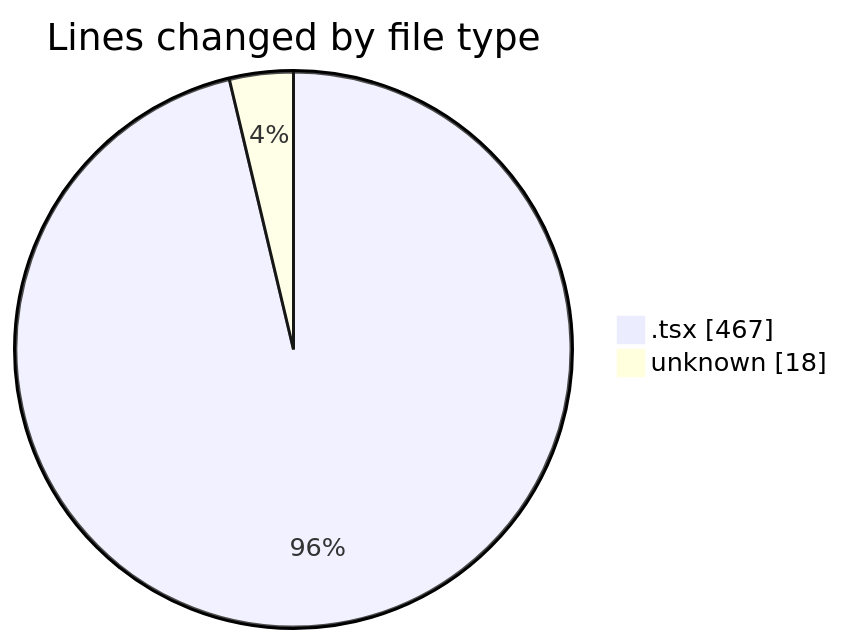
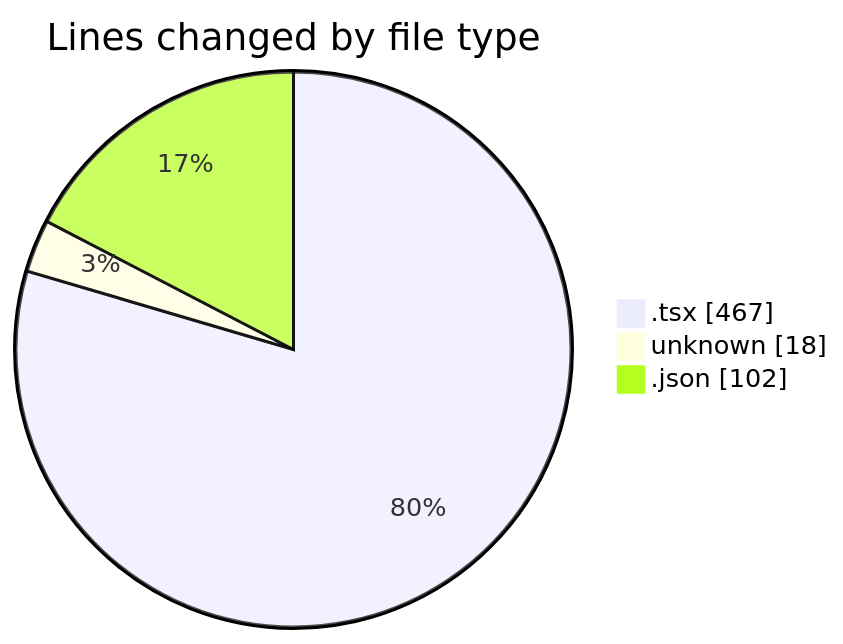
One commit to momahboobian/code-tracking changed the first of 2 diagrams in 2026-09-28/cda/README.md. Above: the diagram before and after it, drawn with Mermaid. The commit also changed other lines of this file and 1 other file, not shown here.

````diff
--- a/2026-09-28/cda/README.md
+++ b/2026-09-28/cda/README.md
@@ -22,6 +23,7 @@
 ```mermaid
 pie showData
 title Lines changed by file type
 ".tsx" : 467
 "unknown" : 18
+".json" : 102
 ```
````
